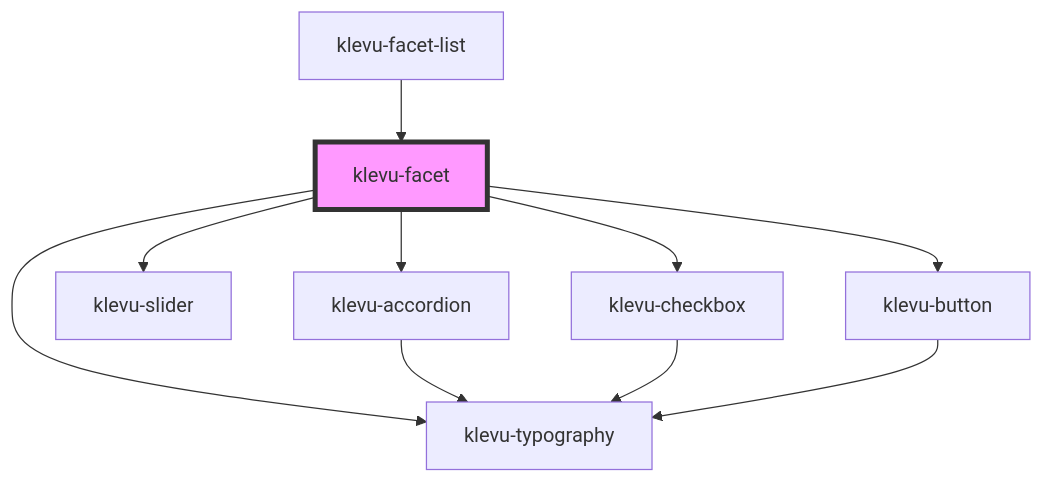
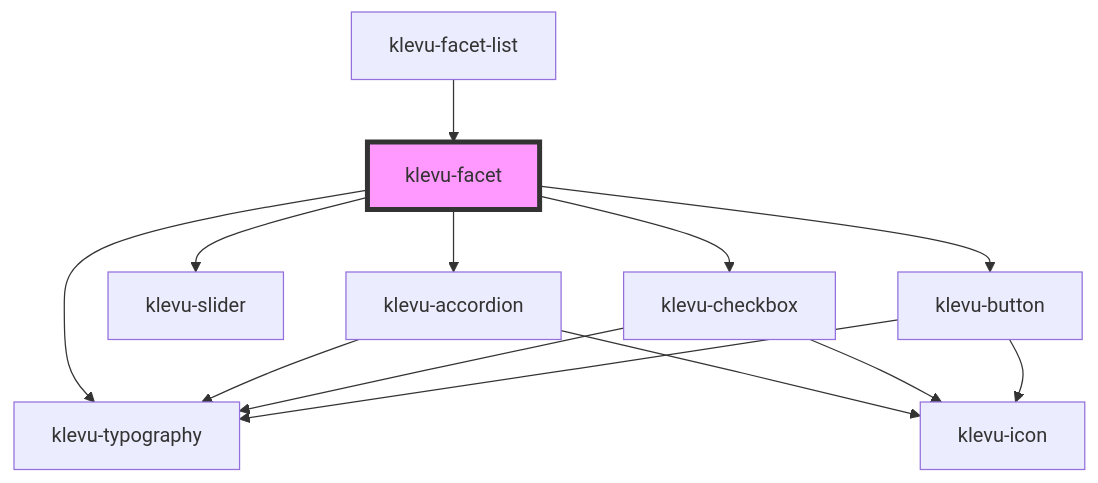
One commit to klevultd/frontend-sdk changed the diagram in packages/klevu-ui/src/components/klevu-facet/readme.md. Above: the diagram before and after it, drawn with Mermaid. The commit also changed 80 other files, not shown here.

Commit message:
Create a klevu-icon component

````diff
--- a/packages/klevu-ui/src/components/klevu-facet/readme.md
+++ b/packages/klevu-ui/src/components/klevu-facet/readme.md
@@ -41,13 +41,16 @@
 ```mermaid
 graph TD;
   klevu-facet --> klevu-accordion
   klevu-facet --> klevu-typography
   klevu-facet --> klevu-slider
   klevu-facet --> klevu-checkbox
   klevu-facet --> klevu-button
   klevu-accordion --> klevu-typography
+  klevu-accordion --> klevu-icon
+  klevu-checkbox --> klevu-icon
   klevu-checkbox --> klevu-typography
+  klevu-button --> klevu-icon
   klevu-button --> klevu-typography
   klevu-facet-list --> klevu-facet
   style klevu-facet fill:#f9f,stroke:#333,stroke-width:4px
 ```
````
